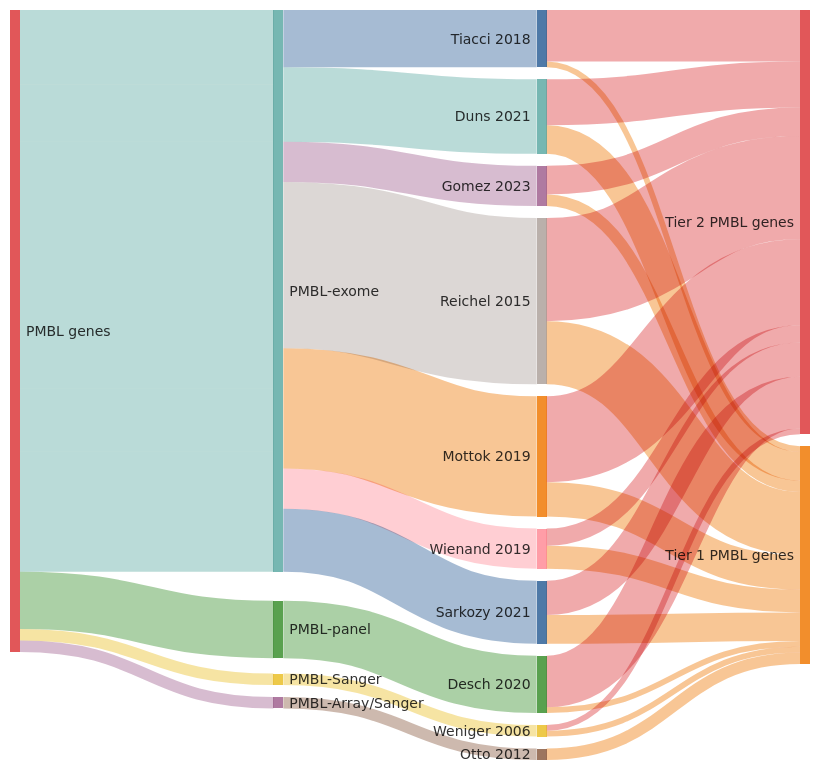
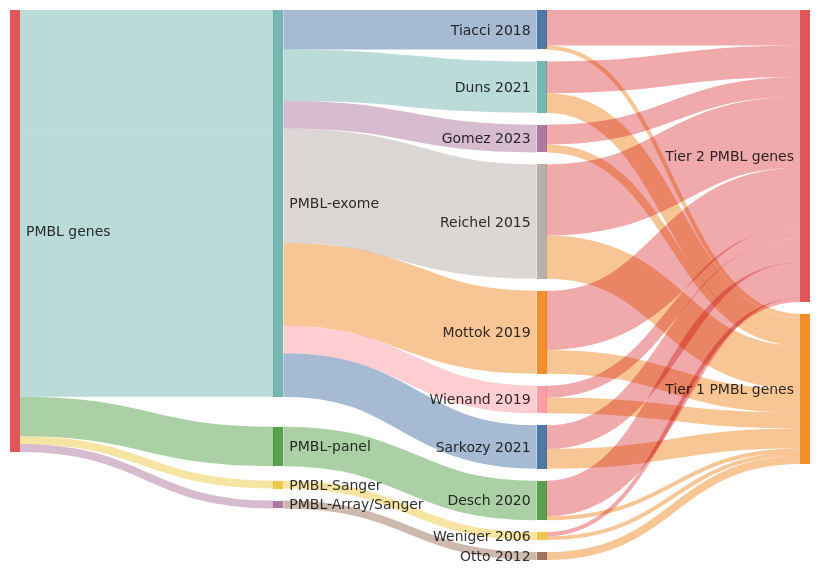
Before and after one commit to morinlab/lymphopedia: the diagram in PMBL_genes.md, drawn with Mermaid. The commit also changed 1 other file, not shown here.

````diff
--- a/PMBL_genes.md
+++ b/PMBL_genes.md
@@ -10,51 +10,51 @@
 ```mermaid
 ---
 config:
   sankey:
     showValues: false
     linkColor: target
     width: 800
-    height: 750
+    height: 550
     nodeAlignment: right
 ---
 sankey-beta
 Tiacci 2018, Tier 1 PMBL genes, 1
 Tiacci 2018, Tier 2 PMBL genes, 9
 Duns 2021, Tier 1 PMBL genes, 5
 Duns 2021, Tier 2 PMBL genes, 8
 Desch 2020, Tier 1 PMBL genes, 1
 Desch 2020, Tier 2 PMBL genes, 9
 Weniger 2006, Tier 1 PMBL genes, 1
 Weniger 2006, Tier 2 PMBL genes, 1
 Gomez 2023, Tier 1 PMBL genes, 2
 Gomez 2023, Tier 2 PMBL genes, 5
 Wienand 2019, Tier 1 PMBL genes, 4
 Wienand 2019, Tier 2 PMBL genes, 3
 Otto 2012, Tier 1 PMBL genes, 2
 Reichel 2015, Tier 1 PMBL genes, 11
 Reichel 2015, Tier 2 PMBL genes, 18
 Sarkozy 2021, Tier 1 PMBL genes, 5
 Sarkozy 2021, Tier 2 PMBL genes, 6
 Mottok 2019, Tier 1 PMBL genes, 6
 Mottok 2019, Tier 2 PMBL genes, 15
 PMBL genes, PMBL-exome, 13
 PMBL-exome, Duns 2021, 13
 PMBL genes, PMBL-exome, 10
 PMBL-exome, Tiacci 2018, 10
 PMBL genes, PMBL-panel, 10
 PMBL-panel, Desch 2020, 10
 PMBL genes, PMBL-exome, 7
 PMBL-exome, Gomez 2023, 7
 PMBL genes, PMBL-Sanger, 2
 PMBL-Sanger, Weniger 2006, 2
 PMBL genes, PMBL-exome, 7
 PMBL-exome, Wienand 2019, 7
 PMBL genes, PMBL-exome, 29
 PMBL-exome, Reichel 2015, 29
 PMBL genes, PMBL-Array/Sanger, 2
 PMBL-Array/Sanger, Otto 2012, 2
 PMBL genes, PMBL-exome, 11
 PMBL-exome, Sarkozy 2021, 11
 PMBL genes, PMBL-exome, 21
 PMBL-exome, Mottok 2019, 21
 ```
````
